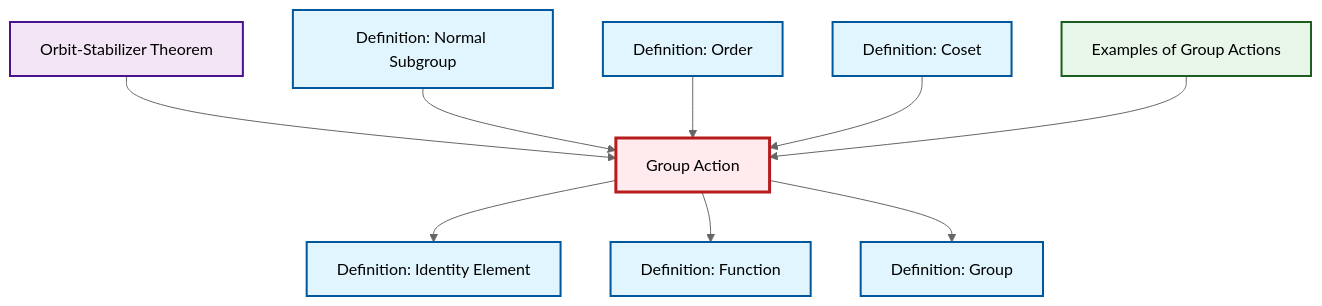
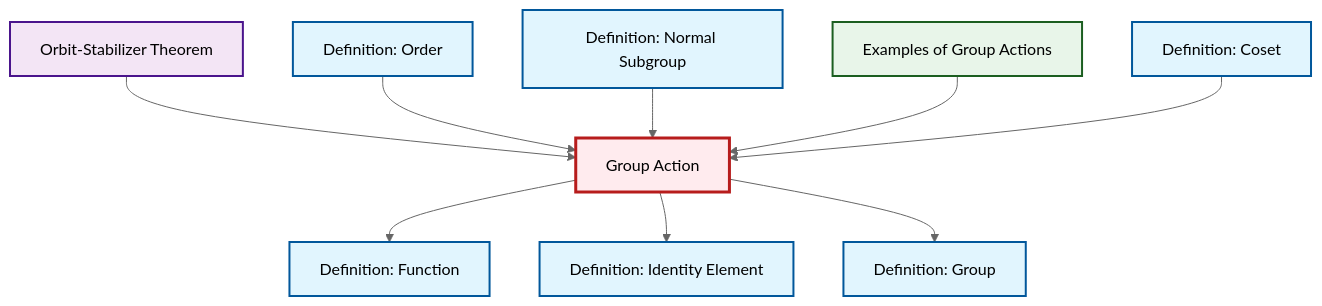
Before and after one commit to RK0429/ModernMath: the diagram in content/ja/algebra/def-group-action.qmd, drawn with Mermaid (neutral theme). The commit also changed other lines of this file and 619 other files, not shown here.

````diff
--- a/content/ja/algebra/def-group-action.qmd
+++ b/content/ja/algebra/def-group-action.qmd
@@ -62,35 +62,35 @@
 ```{mermaid}
 %%| fig-cap: "Local dependency graph"
 graph TD
     classDef definition fill:#e1f5fe,stroke:#01579b,stroke-width:2px
     classDef theorem fill:#f3e5f5,stroke:#4a148c,stroke-width:2px
     classDef axiom fill:#fff3e0,stroke:#e65100,stroke-width:2px
     classDef example fill:#e8f5e9,stroke:#1b5e20,stroke-width:2px
     classDef current fill:#ffebee,stroke:#b71c1c,stroke-width:3px
-    def-identity-element["Definition: Identity Element"]:::definition
-    def-order["Definition: Order"]:::definition
-    def-group-action["Group Action"]:::definition
-    ex-group-action-examples["Examples of Group Actions"]:::example
-    def-function["Definition: Function"]:::definition
-    def-coset["Definition: Coset"]:::definition
-    thm-orbit-stabilizer["Orbit-Stabilizer Theorem"]:::theorem
     def-normal-subgroup["Definition: Normal Subgroup"]:::definition
     def-group["Definition: Group"]:::definition
+    def-coset["Definition: Coset"]:::definition
+    def-group-action["Group Action"]:::definition
+    thm-orbit-stabilizer["Orbit-Stabilizer Theorem"]:::theorem
+    def-order["Definition: Order"]:::definition
+    def-function["Definition: Function"]:::definition
+    ex-group-action-examples["Examples of Group Actions"]:::example
+    def-identity-element["Definition: Identity Element"]:::definition
+    def-group-action --> def-function
+    thm-orbit-stabilizer --> def-group-action
     def-group-action --> def-identity-element
-    thm-orbit-stabilizer --> def-group-action
+    def-order --> def-group-action
+    def-group-action --> def-group
     def-normal-subgroup --> def-group-action
-    def-group-action --> def-function
-    def-group-action --> def-group
-    def-order --> def-group-action
+    ex-group-action-examples --> def-group-action
     def-coset --> def-group-action
-    ex-group-action-examples --> def-group-action
     class def-group-action current
-    click def-identity-element "def-identity-element.html" "Definition: Identity Elementへ"
-    click def-order "def-order.html" "Definition: Orderへ"
-    click ex-group-action-examples "ex-group-action-examples.html" "Examples of Group Actionsへ"
-    click def-function "def-function.html" "Definition: Functionへ"
+    click def-normal-subgroup "def-normal-subgroup.html" "Definition: Normal Subgroupへ"
+    click def-group "def-group.html" "Definition: Groupへ"
     click def-coset "def-coset.html" "Definition: Cosetへ"
     click thm-orbit-stabilizer "thm-orbit-stabilizer.html" "Orbit-Stabilizer Theoremへ"
-    click def-normal-subgroup "def-normal-subgroup.html" "Definition: Normal Subgroupへ"
-    click def-group "def-group.html" "Definition: Groupへ"
+    click def-order "def-order.html" "Definition: Orderへ"
+    click def-function "def-function.html" "Definition: Functionへ"
+    click ex-group-action-examples "ex-group-action-examples.html" "Examples of Group Actionsへ"
+    click def-identity-element "def-identity-element.html" "Definition: Identity Elementへ"
 ```
````
